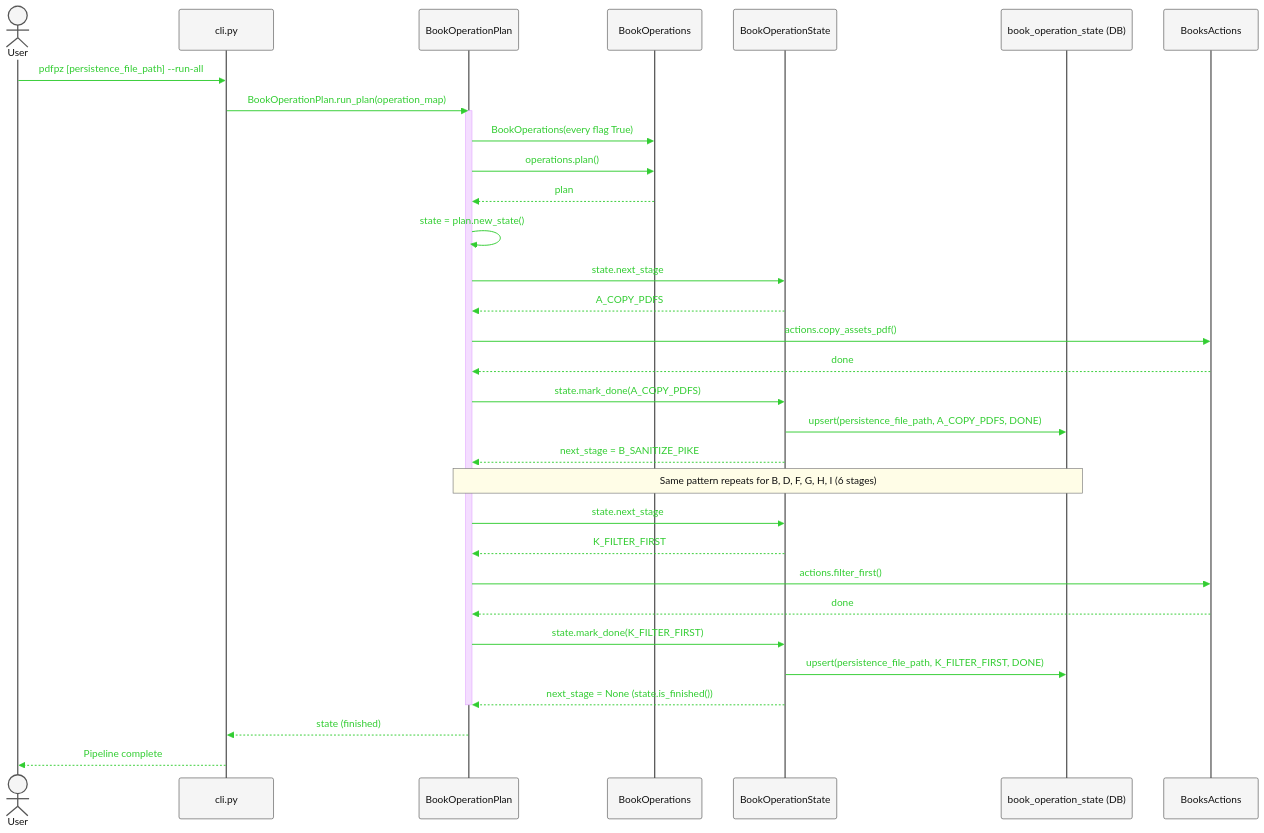
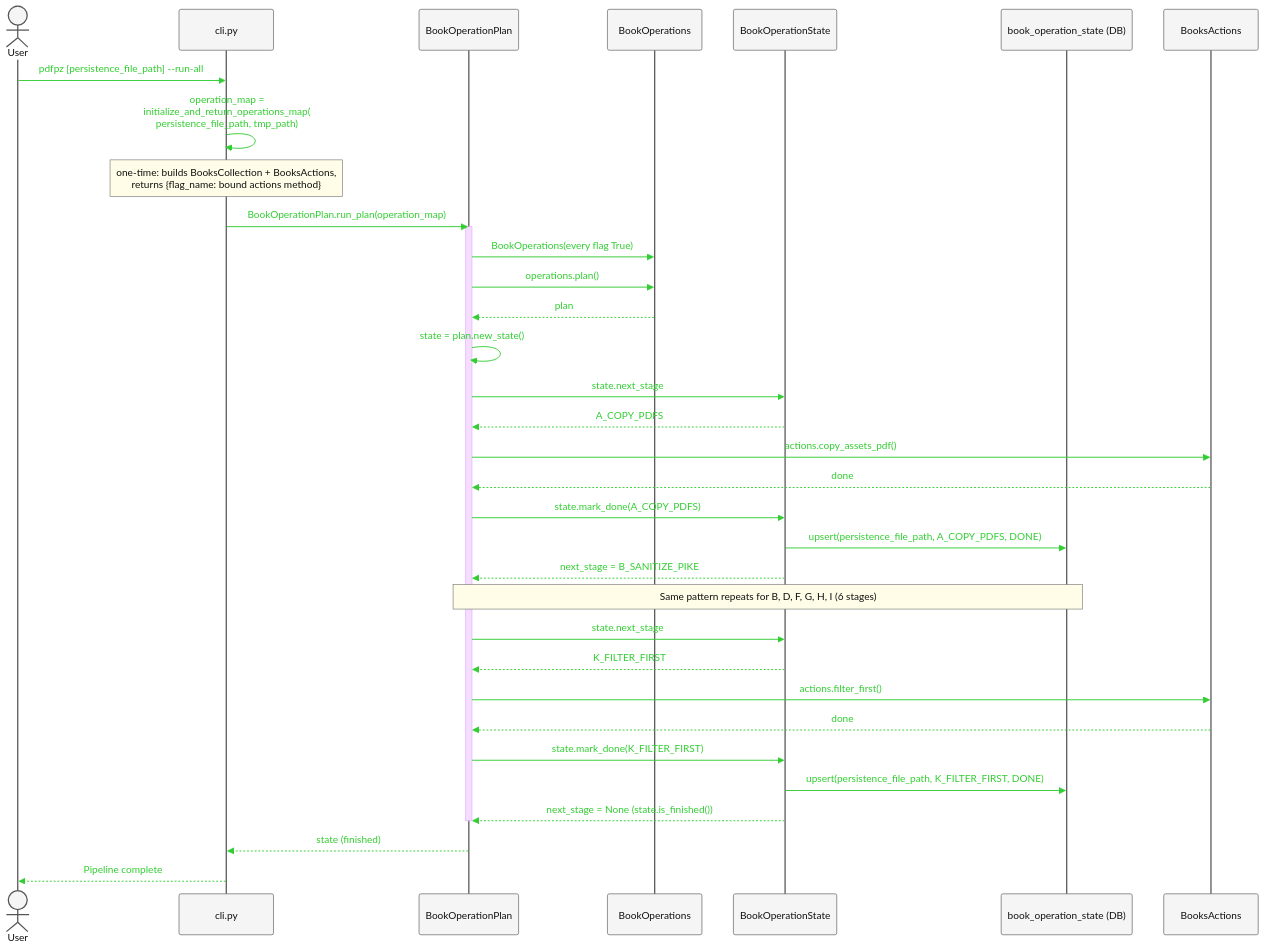
The first of 4 diagrams in src/pdfpz/Docs/api-cli-hl.md (sdhube/forkpdfpz), drawn with Mermaid before and after one commit. The commit also changed other lines of this file, not shown here.

````diff
--- a/src/pdfpz/Docs/api-cli-hl.md
+++ b/src/pdfpz/Docs/api-cli-hl.md
@@ -77,55 +77,57 @@
 ```mermaid
 %%{init: {
   "theme": "base",
   "themeVariables": {
     "fontSize": "48px",
     "actorFontSize": "48px",
     "messageFontSize": "44px",
     "noteFontSize": "40px",
     "actorBkg": "#f5f5f5",
     "actorBorder": "#555555",
     "actorTextColor": "#111111",
     "signalColor": "#32CD32",
     "signalTextColor": "#32CD32",
     "labelTextColor": "#32CD32",
     "noteBkgColor": "#fffde7",
     "noteBorderColor": "#777777",
     "noteTextColor": "#111111"
   },
   "themeCSS": ".messageText,.signalText,.labelText{fill:#32CD32 !important;stroke:none !important;} .messageLine0,.messageLine1{stroke:#32CD32 !important;}"
 }}%%
 sequenceDiagram
     actor User
     participant CLI as cli.py
     participant Plan as BookOperationPlan
     participant Ops as BookOperations
     participant State as BookOperationState
     participant DB as book_operation_state (DB)
     participant Actions as BooksActions
 
     User->>CLI: pdfpz [persistence_file_path] --run-all
+    CLI->>CLI: operation_map =<br/>initialize_and_return_operations_map(<br/>persistence_file_path, tmp_path)
+    Note over CLI: one-time: builds BooksCollection + BooksActions,<br/>returns {flag_name: bound actions method}
     CLI->>Plan: BookOperationPlan.run_plan(operation_map)
     activate Plan
     Plan->>Ops: BookOperations(every flag True)
     Plan->>Ops: operations.plan()
     Ops-->>Plan: plan
     Plan->>Plan: state = plan.new_state()
     Plan->>State: state.next_stage
     State-->>Plan: A_COPY_PDFS
     Plan->>Actions: actions.copy_assets_pdf()
     Actions-->>Plan: done
     Plan->>State: state.mark_done(A_COPY_PDFS)
     State->>DB: upsert(persistence_file_path, A_COPY_PDFS, DONE)
     State-->>Plan: next_stage = B_SANITIZE_PIKE
     Note over Plan,DB: Same pattern repeats for B, D, F, G, H, I (6 stages)
     Plan->>State: state.next_stage
     State-->>Plan: K_FILTER_FIRST
     Plan->>Actions: actions.filter_first()
     Actions-->>Plan: done
     Plan->>State: state.mark_done(K_FILTER_FIRST)
     State->>DB: upsert(persistence_file_path, K_FILTER_FIRST, DONE)
     State-->>Plan: next_stage = None (state.is_finished())
     deactivate Plan
     Plan-->>CLI: state (finished)
     CLI-->>User: Pipeline complete
 ```
````
